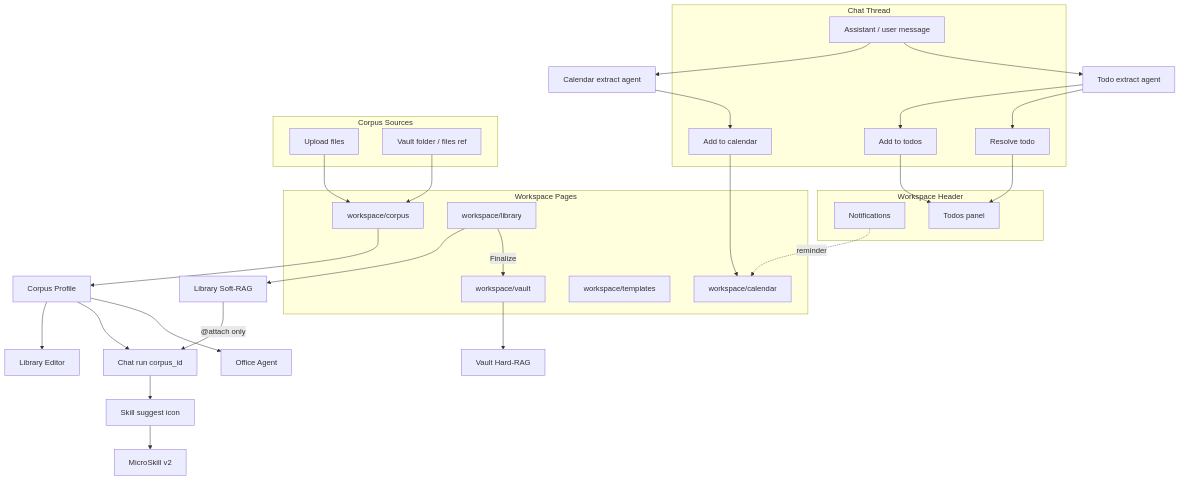
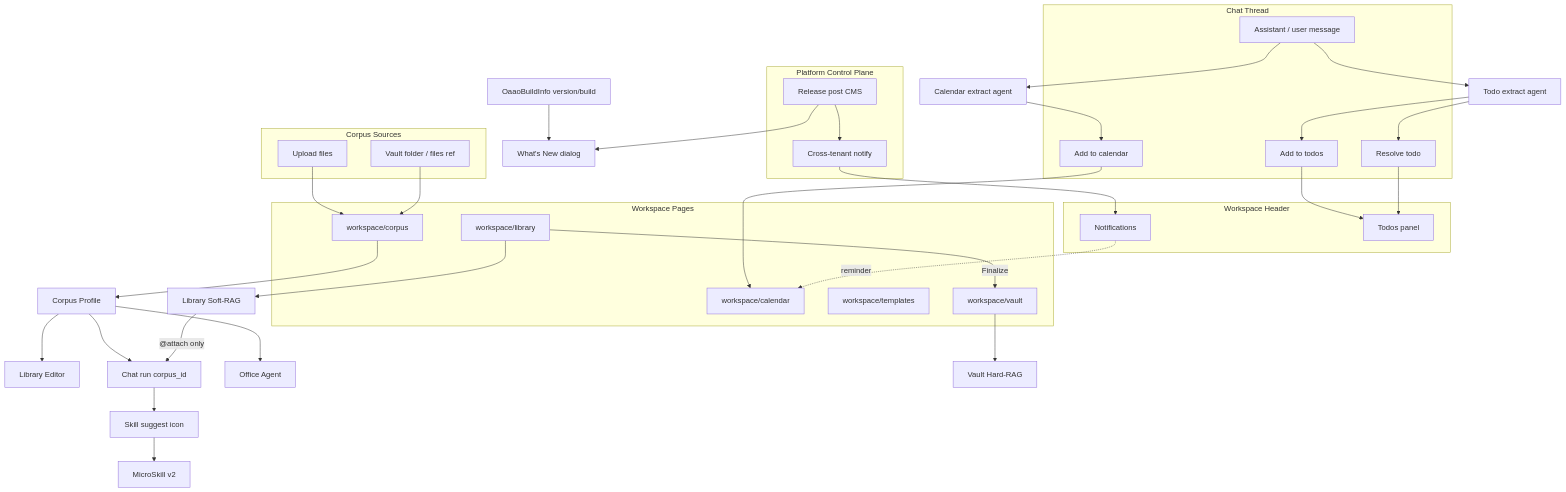
One commit to RayFungHK/oaao.ai-v1 changed the diagram in docs/OAAO_Content_Studio_Epics.md. Above: the diagram before and after it, drawn with Mermaid. The commit also changed other lines of this file and 1 other file, not shown here.

First line of the commit message:
docs(platform): add release notes and product news epic.

````diff
--- a/docs/OAAO_Content_Studio_Epics.md
+++ b/docs/OAAO_Content_Studio_Epics.md
@@ -31,52 +37,62 @@
 ```mermaid
 flowchart TB
   subgraph pages [Workspace Pages]
     CorpusPage["workspace/corpus"]
     LibraryPage["workspace/library"]
     CalendarPage["workspace/calendar"]
     TemplatesPage["workspace/templates"]
     VaultPage["workspace/vault"]
   end
 
   subgraph header [Workspace Header]
     NotifBell[Notifications]
     TodosIcon[Todos panel]
   end
 
   subgraph chat [Chat Thread]
     Msg[Assistant / user message]
     CalChip["Add to calendar"]
     TodoChip["Add to todos"]
     ResolveBtn[Resolve todo]
   end
 
   Msg --> CalAgent[Calendar extract agent]
   Msg --> TodoAgent[Todo extract agent]
   CalAgent --> CalChip
   TodoAgent --> TodoChip
   CalChip --> CalendarPage
   TodoChip --> TodosIcon
   TodoAgent --> ResolveBtn
   ResolveBtn --> TodosIcon
   NotifBell -. reminder .-> CalendarPage
 
   subgraph sources [Corpus Sources]
     Upload[Upload files]
     VaultRef[Vault folder / files ref]
   end
 
   Upload --> CorpusPage
   VaultRef --> CorpusPage
   CorpusPage --> Profile[Corpus Profile]
   Profile --> Editor[Library Editor]
   Profile --> Chat[Chat run corpus_id]
   Profile --> Office[Office Agent]
 
   LibraryPage --> SoftRAG[Library Soft-RAG]
   SoftRAG -->|"@attach only"| Chat
   LibraryPage -->|"Finalize"| VaultPage
   VaultPage --> HardRAG[Vault Hard-RAG]
 
   Chat --> SkillUX[Skill suggest icon]
   SkillUX --> MicroSkill[MicroSkill v2]
+
+  subgraph platform [Platform Control Plane]
+    PlatCMS[Release post CMS]
+    FanOut[Cross-tenant notify]
+  end
+
+  PlatCMS --> FanOut
+  FanOut --> NotifBell
+  BuildInfo[OaaoBuildInfo version/build] --> WhatsNew[What's New dialog]
+  PlatCMS --> WhatsNew
 ```
````
